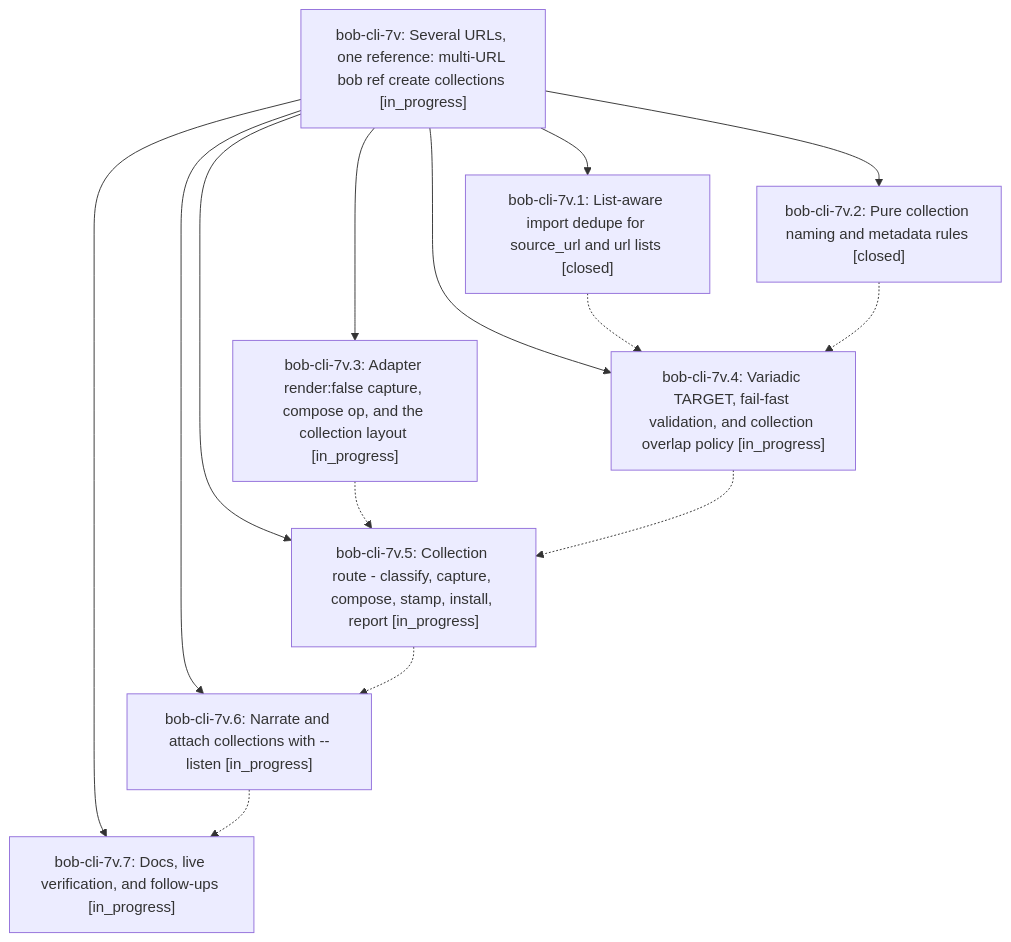
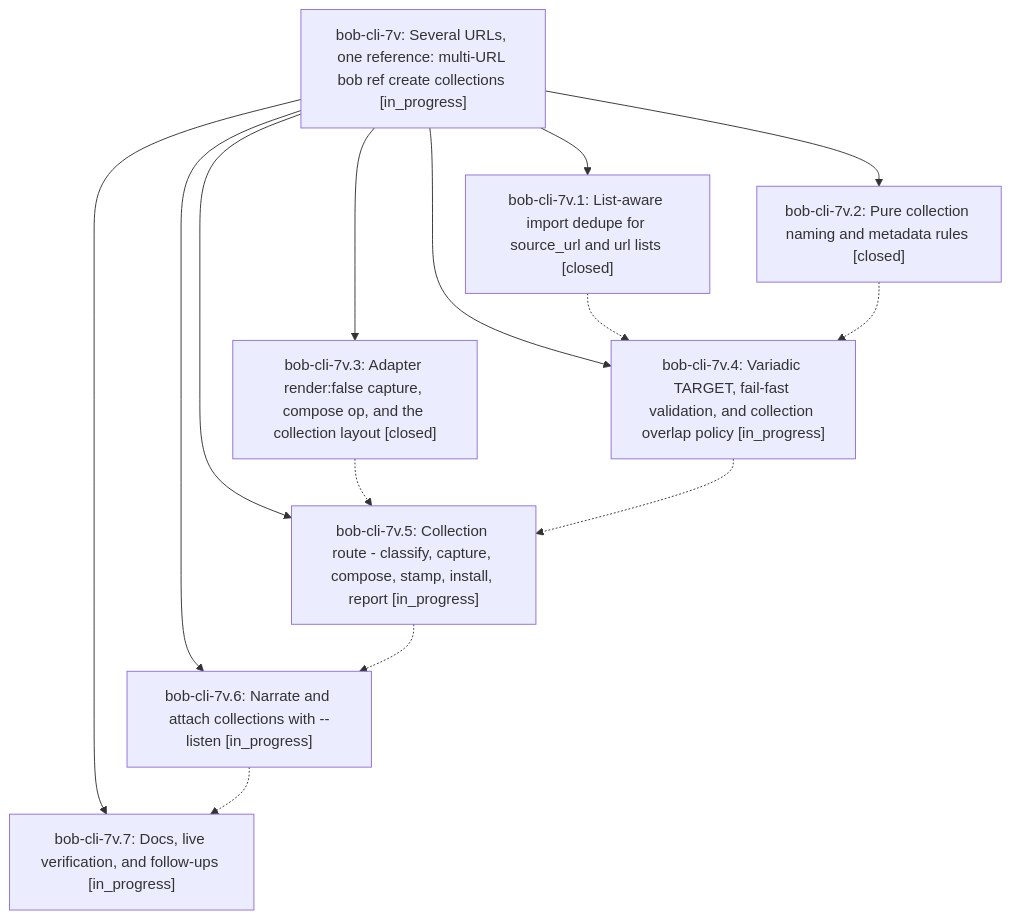
Before and after one commit to bobs-org/bob-cli--beads: the diagram in pages/bob-cli-7v/README.md, drawn with Mermaid. The commit also changed other lines of this file and 2 other files, not shown here.

First line of the commit message:
chore(beads): sync bead state and pages for bob-cli-7v

````diff
--- a/pages/bob-cli-7v/README.md
+++ b/pages/bob-cli-7v/README.md
@@ -40,24 +40,24 @@
 ```mermaid
 flowchart TD
     n0["bob-cli-7v: Several URLs, one reference: multi-URL bob ref create collections [in_progress]"]
     n1["bob-cli-7v.1: List-aware import dedupe for source_url and url lists [closed]"]
     n2["bob-cli-7v.2: Pure collection naming and metadata rules [closed]"]
-    n3["bob-cli-7v.3: Adapter render:false capture, compose op, and the collection layout [in_progress]"]
+    n3["bob-cli-7v.3: Adapter render:false capture, compose op, and the collection layout [closed]"]
     n4["bob-cli-7v.4: Variadic TARGET, fail-fast validation, and collection overlap policy [in_progress]"]
     n5["bob-cli-7v.5: Collection route - classify, capture, compose, stamp, install, report [in_progress]"]
     n6["bob-cli-7v.6: Narrate and attach collections with --listen [in_progress]"]
     n7["bob-cli-7v.7: Docs, live verification, and follow-ups [in_progress]"]
     n0 --> n1
     n0 --> n2
     n0 --> n3
     n0 --> n4
     n0 --> n5
     n0 --> n6
     n0 --> n7
     n1 -.-> n4
     n2 -.-> n4
     n3 -.-> n5
     n4 -.-> n5
     n5 -.-> n6
     n6 -.-> n7
 ```
````
